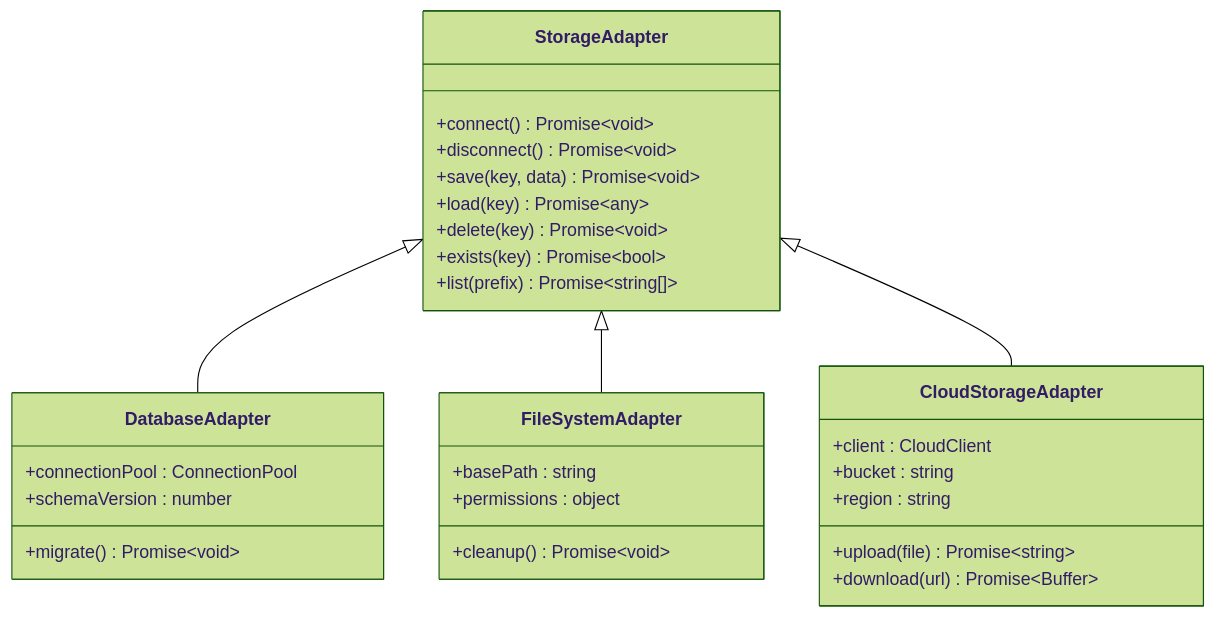
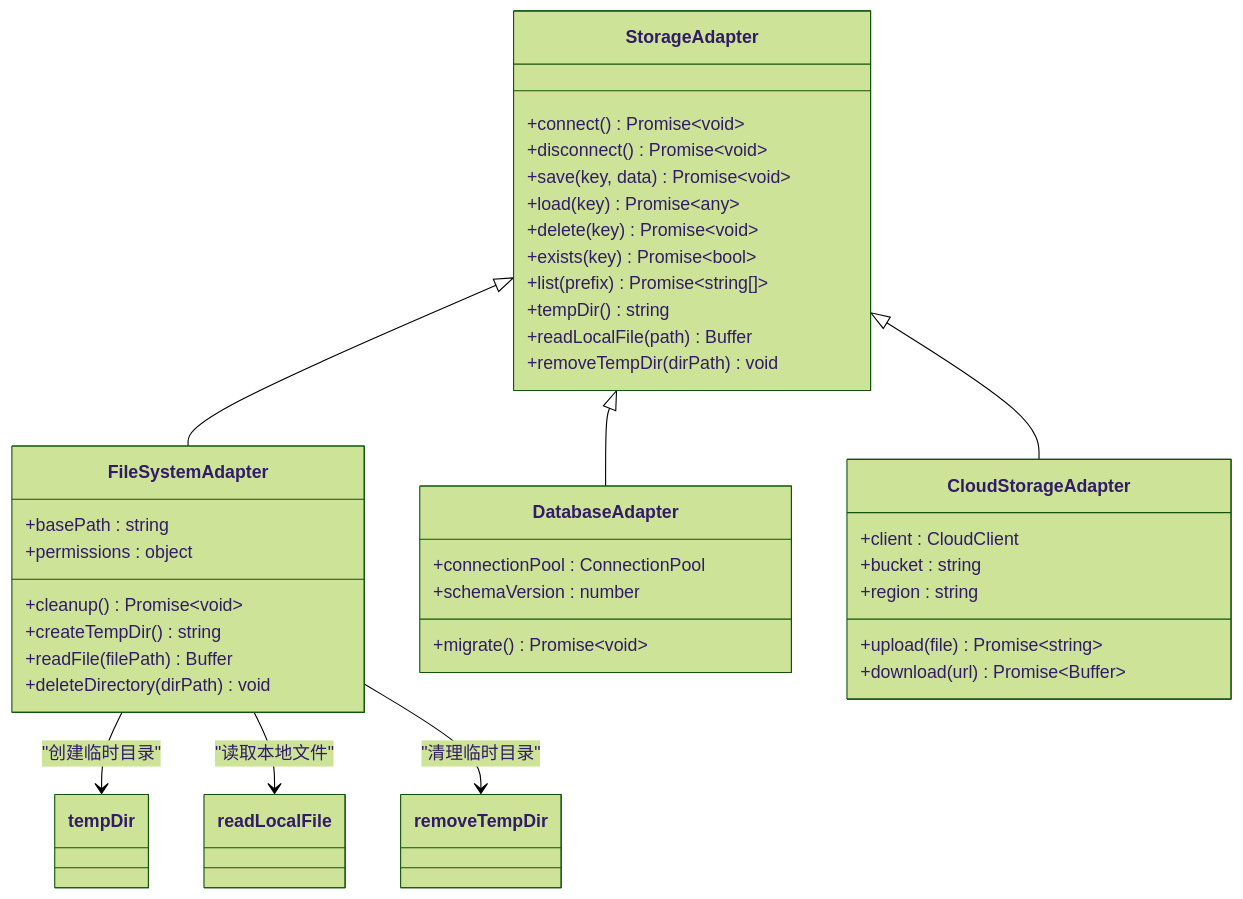
Before and after one commit to AIMFllyYS/code-video-canvas: the fourth of 9 diagrams in .qoder/repowiki/zh/content/核心功能模块/渲染引擎/导出服务.md, drawn with Mermaid (forest theme). The commit also changed other lines of this file and 20 other files, not shown here.

````diff
--- a/.qoder/repowiki/zh/content/核心功能模块/渲染引擎/导出服务.md
+++ b/.qoder/repowiki/zh/content/核心功能模块/渲染引擎/导出服务.md
@@ -315,32 +252,41 @@
 ```mermaid
 classDiagram
 class StorageAdapter {
 +connect() Promise~void~
 +disconnect() Promise~void~
 +save(key, data) Promise~void~
 +load(key) Promise~any~
 +delete(key) Promise~void~
 +exists(key) Promise~bool~
 +list(prefix) Promise~string[]~
++tempDir() string
++readLocalFile(path) Buffer
++removeTempDir(dirPath) void
+}
+class FileSystemAdapter {
++basePath : string
++permissions : object
++cleanup() Promise~void~
++createTempDir() string
++readFile(filePath) Buffer
++deleteDirectory(dirPath) void
 }
 class DatabaseAdapter {
 +connectionPool : ConnectionPool
 +schemaVersion : number
 +migrate() Promise~void~
-}
-class FileSystemAdapter {
-+basePath : string
-+permissions : object
-+cleanup() Promise~void~
 }
 class CloudStorageAdapter {
 +client : CloudClient
 +bucket : string
 +region : string
 +upload(file) Promise~string~
 +download(url) Promise~Buffer~
 }
+StorageAdapter <|-- FileSystemAdapter
 StorageAdapter <|-- DatabaseAdapter
-StorageAdapter <|-- FileSystemAdapter
 StorageAdapter <|-- CloudStorageAdapter
+FileSystemAdapter --> tempDir : "创建临时目录"
+FileSystemAdapter --> readLocalFile : "读取本地文件"
+FileSystemAdapter --> removeTempDir : "清理临时目录"
 ```
````
